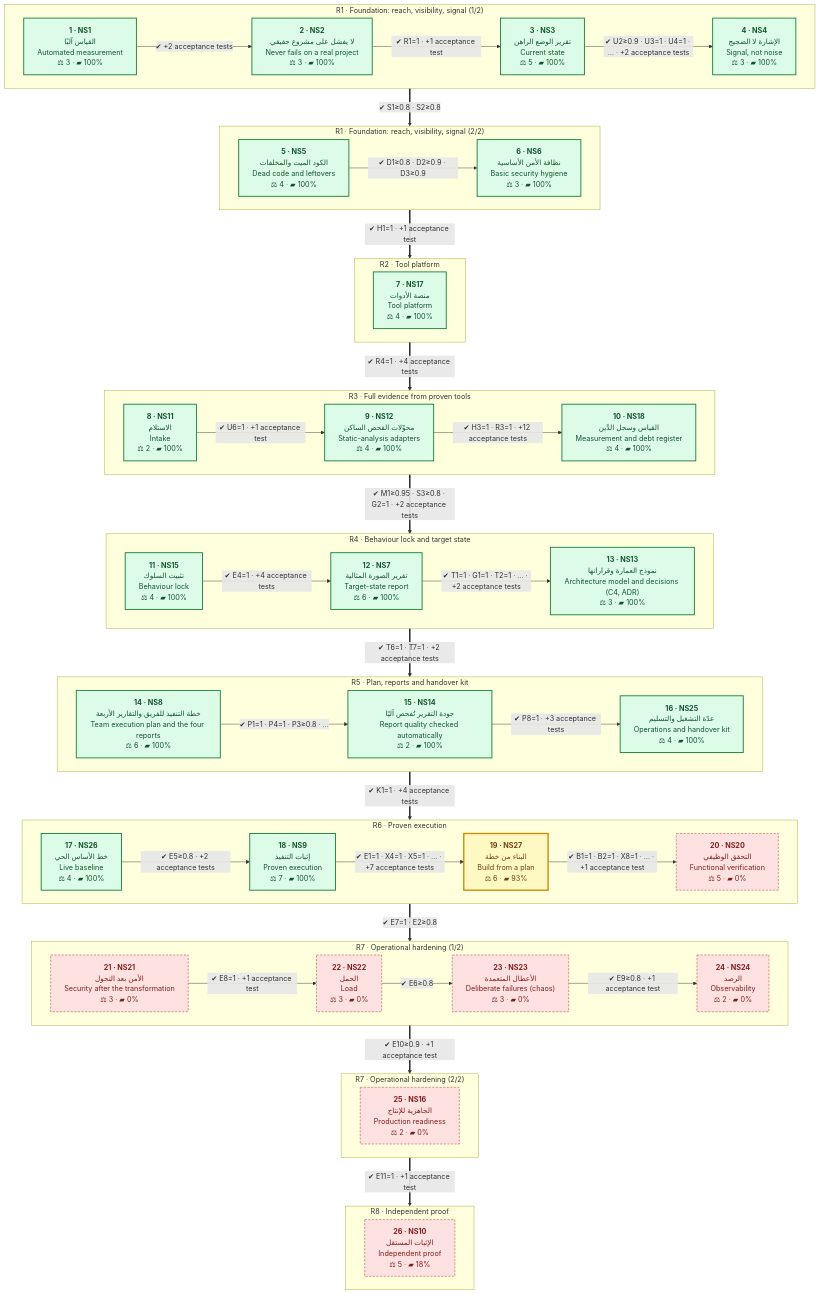
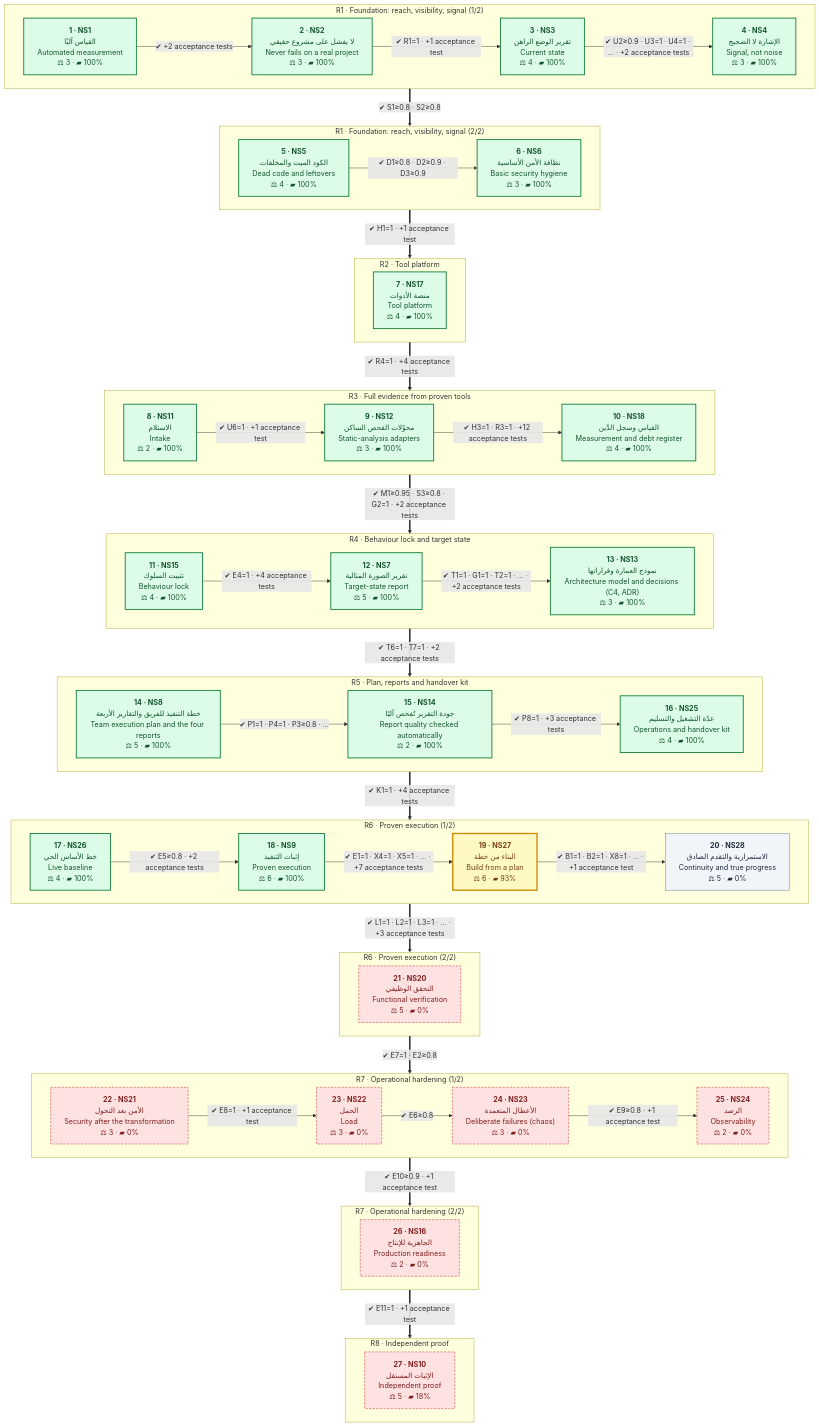
Before and after one commit to eom1417/engineering-audit-os: the second of 2 diagrams in README.en.md, drawn with Mermaid. The commit also changed other lines of this file and 23 other files, not shown here.

```diff
--- a/README.en.md
+++ b/README.en.md
@@ -253,7 +253,7 @@
         direction LR
         NS1["<b>1 · NS1</b><br/>القياس آليًا<br/>Automated measurement<br/>⚖ 3 · ▰ 100%"]:::done
         NS2["<b>2 · NS2</b><br/>لا يفشل على مشروع حقيقي<br/>Never fails on a real project<br/>⚖ 3 · ▰ 100%"]:::done
-        NS3["<b>3 · NS3</b><br/>تقرير الوضع الراهن<br/>Current state<br/>⚖ 5 · ▰ 100%"]:::done
+        NS3["<b>3 · NS3</b><br/>تقرير الوضع الراهن<br/>Current state<br/>⚖ 4 · ▰ 100%"]:::done
         NS4["<b>4 · NS4</b><br/>الإشارة لا الضجيج<br/>Signal, not noise<br/>⚖ 3 · ▰ 100%"]:::done
         NS1 -->|"✔ +2 acceptance tests"| NS2
         NS2 -->|"✔ R1=1 · +1 acceptance test"| NS3
@@ -272,7 +272,7 @@
     subgraph R3_1["R3 · Full evidence from proven tools"]
         direction LR
         NS11["<b>8 · NS11</b><br/>الاستلام<br/>Intake<br/>⚖ 2 · ▰ 100%"]:::done
-        NS12["<b>9 · NS12</b><br/>محوّلات الفحص الساكن<br/>Static-analysis adapters<br/>⚖ 4 · ▰ 100%"]:::done
+        NS12["<b>9 · NS12</b><br/>محوّلات الفحص الساكن<br/>Static-analysis adapters<br/>⚖ 3 · ▰ 100%"]:::done
         NS18["<b>10 · NS18</b><br/>القياس وسجل الدَّين<br/>Measurement and debt register<br/>⚖ 4 · ▰ 100%"]:::done
         NS11 -->|"✔ U6=1 · +1 acceptance test"| NS12
         NS12 -->|"✔ H3=1 · R3=1 · +12 acceptance tests"| NS18
@@ -280,46 +280,50 @@
     subgraph R4_1["R4 · Behaviour lock and target state"]
         direction LR
         NS15["<b>11 · NS15</b><br/>تثبيت السلوك<br/>Behaviour lock<br/>⚖ 4 · ▰ 100%"]:::done
-        NS7["<b>12 · NS7</b><br/>تقرير الصورة المثالية<br/>Target-state report<br/>⚖ 6 · ▰ 100%"]:::done
+        NS7["<b>12 · NS7</b><br/>تقرير الصورة المثالية<br/>Target-state report<br/>⚖ 5 · ▰ 100%"]:::done
         NS13["<b>13 · NS13</b><br/>نموذج العمارة وقراراتها<br/>Architecture model and decisions (C4, ADR)<br/>⚖ 3 · ▰ 100%"]:::done
         NS15 -->|"✔ E4=1 · +4 acceptance tests"| NS7
         NS7 -->|"✔ T1=1 · G1=1 · T2=1 · … · +2 acceptance tests"| NS13
     end
     subgraph R5_1["R5 · Plan, reports and handover kit"]
         direction LR
-        NS8["<b>14 · NS8</b><br/>خطة التنفيذ للفريق والتقارير الأربعة<br/>Team execution plan and the four reports<br/>⚖ 6 · ▰ 100%"]:::done
+        NS8["<b>14 · NS8</b><br/>خطة التنفيذ للفريق والتقارير الأربعة<br/>Team execution plan and the four reports<br/>⚖ 5 · ▰ 100%"]:::done
         NS14["<b>15 · NS14</b><br/>جودة التقرير تُفحص آليًا<br/>Report quality checked automatically<br/>⚖ 2 · ▰ 100%"]:::done
         NS25["<b>16 · NS25</b><br/>عدّة التشغيل والتسليم<br/>Operations and handover kit<br/>⚖ 4 · ▰ 100%"]:::done
         NS8 -->|"✔ P1=1 · P4=1 · P3≥0.8 · …"| NS14
         NS14 -->|"✔ P8=1 · +3 acceptance tests"| NS25
     end
-    subgraph R6_1["R6 · Proven execution"]
+    subgraph R6_1["R6 · Proven execution (1/2)"]
         direction LR
         NS26["<b>17 · NS26</b><br/>خط الأساس الحي<br/>Live baseline<br/>⚖ 4 · ▰ 100%"]:::done
-        NS9["<b>18 · NS9</b><br/>إثبات التنفيذ<br/>Proven execution<br/>⚖ 7 · ▰ 100%"]:::done
+        NS9["<b>18 · NS9</b><br/>إثبات التنفيذ<br/>Proven execution<br/>⚖ 6 · ▰ 100%"]:::done
         NS27["<b>19 · NS27</b><br/>البناء من خطة<br/>Build from a plan<br/>⚖ 6 · ▰ 93%"]:::current
-        NS20["<b>20 · NS20</b><br/>التحقق الوظيفي<br/>Functional verification<br/>⚖ 5 · ▰ 0%"]:::owner
+        NS28["<b>20 · NS28</b><br/>الاستمرارية والتقدم الصادق<br/>Continuity and true progress<br/>⚖ 5 · ▰ 0%"]:::next
         NS26 -->|"✔ E5≥0.8 · +2 acceptance tests"| NS9
         NS9 -->|"✔ E1=1 · X4=1 · X5=1 · … · +7 acceptance tests"| NS27
-        NS27 -->|"✔ B1=1 · B2=1 · X8=1 · … · +1 acceptance test"| NS20
+        NS27 -->|"✔ B1=1 · B2=1 · X8=1 · … · +1 acceptance test"| NS28
+    end
+    subgraph R6_2["R6 · Proven execution (2/2)"]
+        direction LR
+        NS20["<b>21 · NS20</b><br/>التحقق الوظيفي<br/>Functional verification<br/>⚖ 5 · ▰ 0%"]:::owner
     end
     subgraph R7_1["R7 · Operational hardening (1/2)"]
         direction LR
-        NS21["<b>21 · NS21</b><br/>الأمن بعد التحول<br/>Security after the transformation<br/>⚖ 3 · ▰ 0%"]:::owner
-        NS22["<b>22 · NS22</b><br/>الحمل<br/>Load<br/>⚖ 3 · ▰ 0%"]:::owner
-        NS23["<b>23 · NS23</b><br/>الأعطال المتعمدة<br/>Deliberate failures (chaos)<br/>⚖ 3 · ▰ 0%"]:::owner
-        NS24["<b>24 · NS24</b><br/>الرصد<br/>Observability<br/>⚖ 2 · ▰ 0%"]:::owner
+        NS21["<b>22 · NS21</b><br/>الأمن بعد التحول<br/>Security after the transformation<br/>⚖ 3 · ▰ 0%"]:::owner
+        NS22["<b>23 · NS22</b><br/>الحمل<br/>Load<br/>⚖ 3 · ▰ 0%"]:::owner
+        NS23["<b>24 · NS23</b><br/>الأعطال المتعمدة<br/>Deliberate failures (chaos)<br/>⚖ 3 · ▰ 0%"]:::owner
+        NS24["<b>25 · NS24</b><br/>الرصد<br/>Observability<br/>⚖ 2 · ▰ 0%"]:::owner
         NS21 -->|"✔ E8=1 · +1 acceptance test"| NS22
         NS22 -->|"✔ E6≥0.8"| NS23
         NS23 -->|"✔ E9≥0.8 · +1 acceptance test"| NS24
     end
     subgraph R7_2["R7 · Operational hardening (2/2)"]
         direction LR
-        NS16["<b>25 · NS16</b><br/>الجاهزية للإنتاج<br/>Production readiness<br/>⚖ 2 · ▰ 0%"]:::owner
+        NS16["<b>26 · NS16</b><br/>الجاهزية للإنتاج<br/>Production readiness<br/>⚖ 2 · ▰ 0%"]:::owner
     end
     subgraph R8_1["R8 · Independent proof"]
         direction LR
-        NS10["<b>26 · NS10</b><br/>الإثبات المستقل<br/>Independent proof<br/>⚖ 5 · ▰ 18%"]:::owner
+        NS10["<b>27 · NS10</b><br/>الإثبات المستقل<br/>Independent proof<br/>⚖ 5 · ▰ 18%"]:::owner
     end
     R1_1 ==>|"✔ S1≥0.8 · S2≥0.8"| R1_2
     R1_2 ==>|"✔ H1=1 · +1 acceptance test"| R2_1
@@ -327,7 +331,8 @@
     R3_1 ==>|"✔ M1≥0.95 · S3≥0.8 · G2=1 · +2 acceptance tests"| R4_1
     R4_1 ==>|"✔ T6=1 · T7=1 · +2 acceptance tests"| R5_1
     R5_1 ==>|"✔ K1=1 · +4 acceptance tests"| R6_1
-    R6_1 ==>|"✔ E7=1 · E2≥0.8"| R7_1
+    R6_1 ==>|"✔ L1=1 · L2=1 · L3=1 · … · +3 acceptance tests"| R6_2
+    R6_2 ==>|"✔ E7=1 · E2≥0.8"| R7_1
     R7_1 ==>|"✔ E10≥0.9 · +1 acceptance test"| R7_2
     R7_2 ==>|"✔ E11=1 · +1 acceptance test"| R8_1
     classDef done fill:#dcfce7,stroke:#15803d,color:#14532d,stroke-width:2px
```
